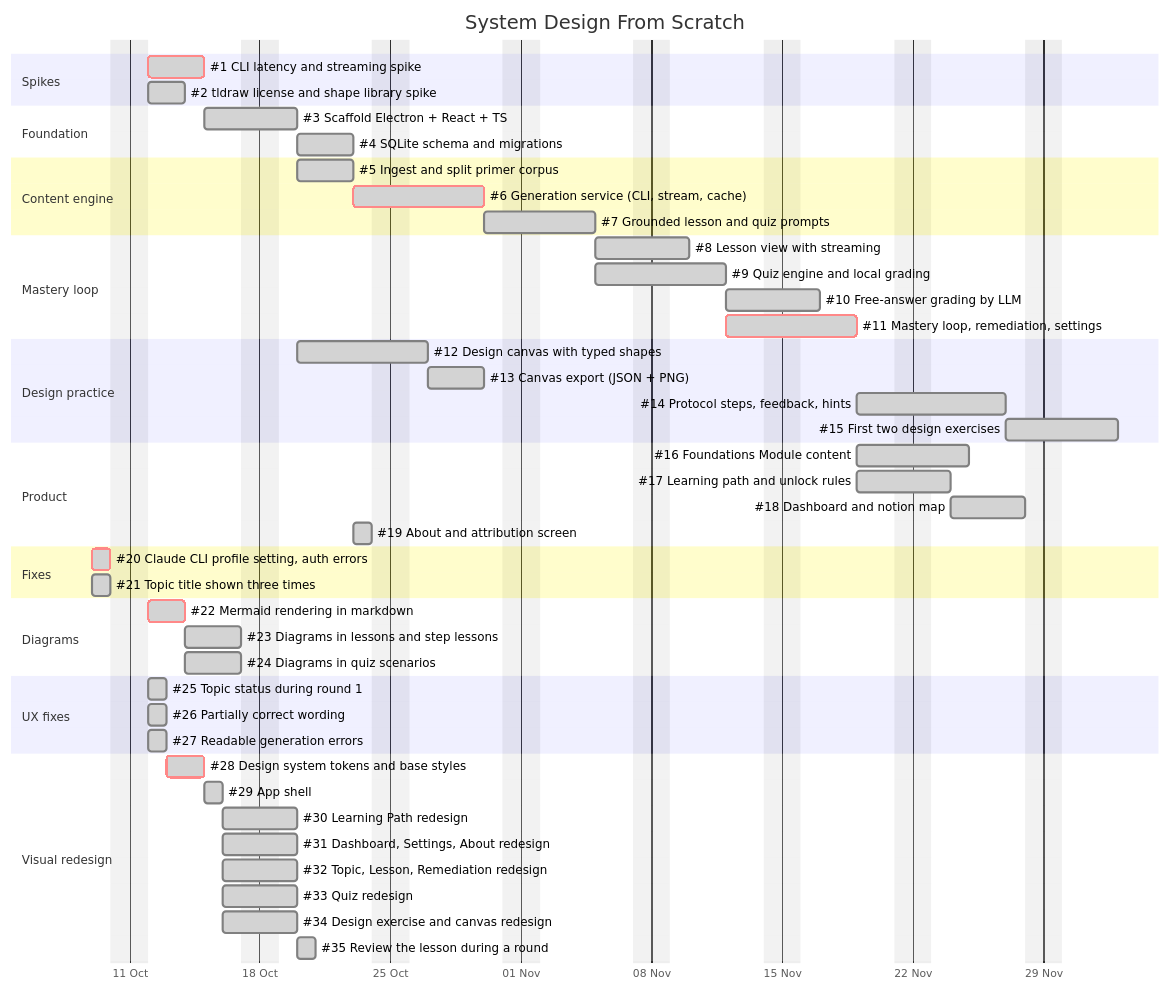
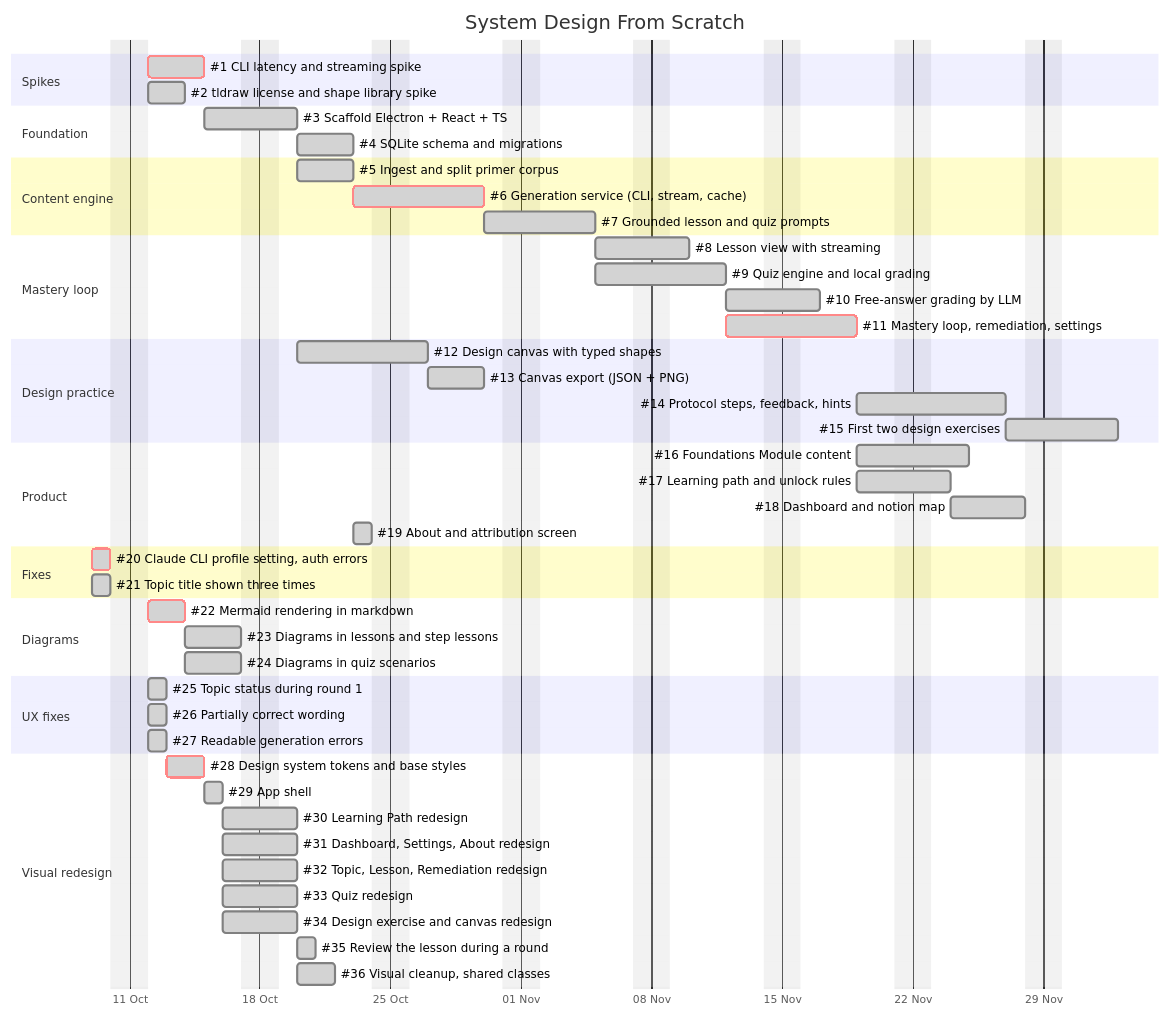
Before and after one commit to jbclaramonte/system-design-from-scratch: the diagram in docs/ROADMAP.md, drawn with Mermaid. The commit also changed other lines of this file and 43 other files, not shown here.

First line of the commit message:
refactor: promote duplicated screen styles to shared classes

````diff
--- a/docs/ROADMAP.md
+++ b/docs/ROADMAP.md
@@ -13,62 +13,63 @@
 ```mermaid
 gantt
     title System Design From Scratch
     dateFormat YYYY-MM-DD
     excludes weekends
     axisFormat %d %b
 
     section Spikes
     #1 CLI latency and streaming spike        :done, crit, s1, 2026-10-12, 3d
     #2 tldraw license and shape library spike :done, s2, 2026-10-12, 2d
 
     section Foundation
     #3 Scaffold Electron + React + TS         :done, f1, after s1, 3d
     #4 SQLite schema and migrations           :done, f2, after f1, 3d
 
     section Content engine
     #5 Ingest and split primer corpus         :done, c1, after f1, 3d
     #6 Generation service (CLI, stream, cache):done, crit, c2, after f2, 5d
     #7 Grounded lesson and quiz prompts       :done, c3, after c1 c2, 4d
 
     section Mastery loop
     #8 Lesson view with streaming             :done, m1, after c3, 3d
     #9 Quiz engine and local grading          :done, m2, after c3, 5d
     #10 Free-answer grading by LLM            :done, m3, after m2, 3d
     #11 Mastery loop, remediation, settings   :done, crit, m4, after m1 m2, 5d
 
     section Design practice
     #12 Design canvas with typed shapes       :done, d1, after s2 f1, 5d
     #13 Canvas export (JSON + PNG)            :done, d2, after d1, 3d
     #14 Protocol steps, feedback, hints       :done, d3, after d2 m4, 6d
     #15 First two design exercises            :done, d4, after d3, 4d
 
     section Product
     #16 Foundations Module content            :done, p1, after m4, 4d
     #17 Learning path and unlock rules        :done, p2, after m4, 3d
     #18 Dashboard and notion map              :done, p3, after p2, 4d
     #19 About and attribution screen          :done, p4, after c1, 1d
 
     section Fixes
     #20 Claude CLI profile setting, auth errors :done, crit, x1, 2026-10-09, 1d
     #21 Topic title shown three times         :done, x2, 2026-10-09, 1d
 
     section Diagrams
     #22 Mermaid rendering in markdown         :done, crit, g1, 2026-10-12, 2d
     #23 Diagrams in lessons and step lessons  :done, g2, after g1, 3d
     #24 Diagrams in quiz scenarios            :done, g3, after g1, 3d
 
     section UX fixes
     #25 Topic status during round 1           :done, u1, 2026-10-12, 1d
     #26 Partially correct wording             :done, u2, 2026-10-12, 1d
     #27 Readable generation errors            :done, u3, 2026-10-12, 1d
 
     section Visual redesign
     #28 Design system tokens and base styles  :done, crit, v1, 2026-10-13, 2d
     #29 App shell                             :done, v2, after v1, 1d
     #30 Learning Path redesign                :done, v3, after v2, 2d
     #31 Dashboard, Settings, About redesign   :done, v4, after v2, 2d
     #32 Topic, Lesson, Remediation redesign   :done, v5, after v2, 2d
     #33 Quiz redesign                         :done, v6, after v2, 2d
     #34 Design exercise and canvas redesign   :done, v7, after v2, 2d
     #35 Review the lesson during a round      :done, v8, after v5, 1d
+    #36 Visual cleanup, shared classes        :done, v9, after v7, 2d
 ```
````
